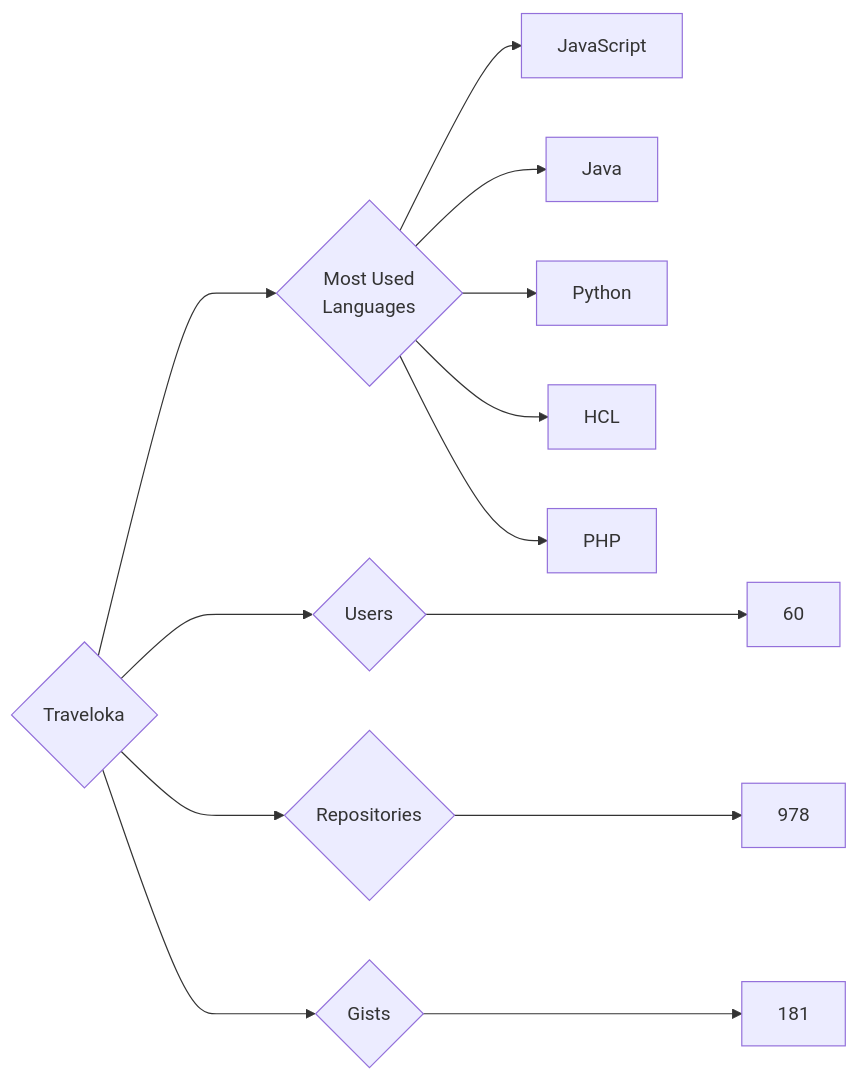
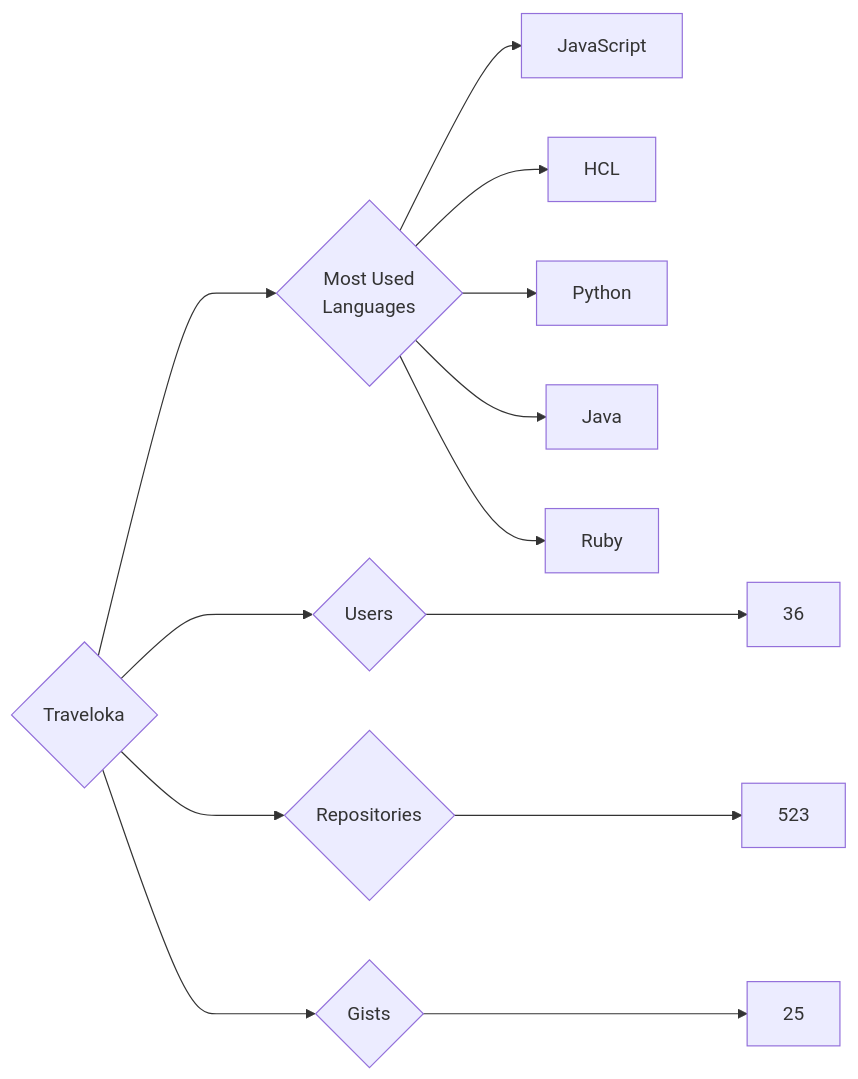
Before and after one commit to trickest/insiders: the diagram in targets/Traveloka/README.md, drawn with Mermaid. The commit also changed 695 other files, not shown here.

````diff
--- a/targets/Traveloka/README.md
+++ b/targets/Traveloka/README.md
@@ -3,13 +3,13 @@
 ```mermaid
 graph LR
 COMPANY_NAME{Traveloka}
-COMPANY_NAME ---> U{Users} ---> UN[60]
-COMPANY_NAME ---> R{Repositories} ---> RN[978]
-COMPANY_NAME ---> G{Gists} ---> GN[181]
+COMPANY_NAME ---> U{Users} ---> UN[36]
+COMPANY_NAME ---> R{Repositories} ---> RN[523]
+COMPANY_NAME ---> G{Gists} ---> GN[25]
 COMPANY_NAME ---> ML{Most Used<br>Languages}
 ML --> JavaScript[JavaScript]
+ML --> HCL[HCL]
+ML --> Python[Python]
 ML --> Java[Java]
-ML --> Python[Python]
-ML --> HCL[HCL]
-ML --> PHP[PHP]
+ML --> Ruby[Ruby]
 ```
````
